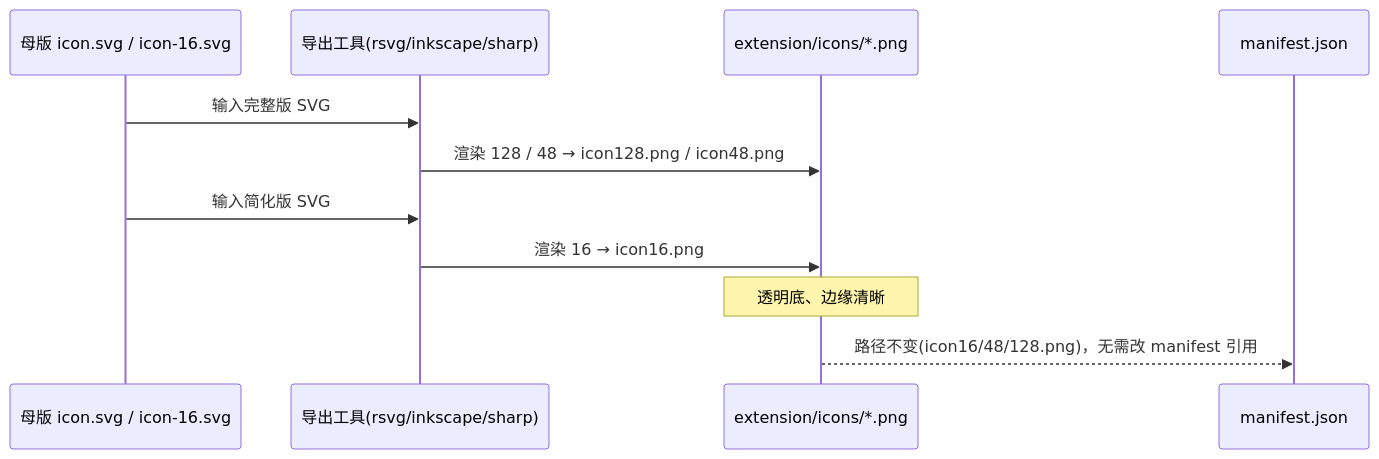
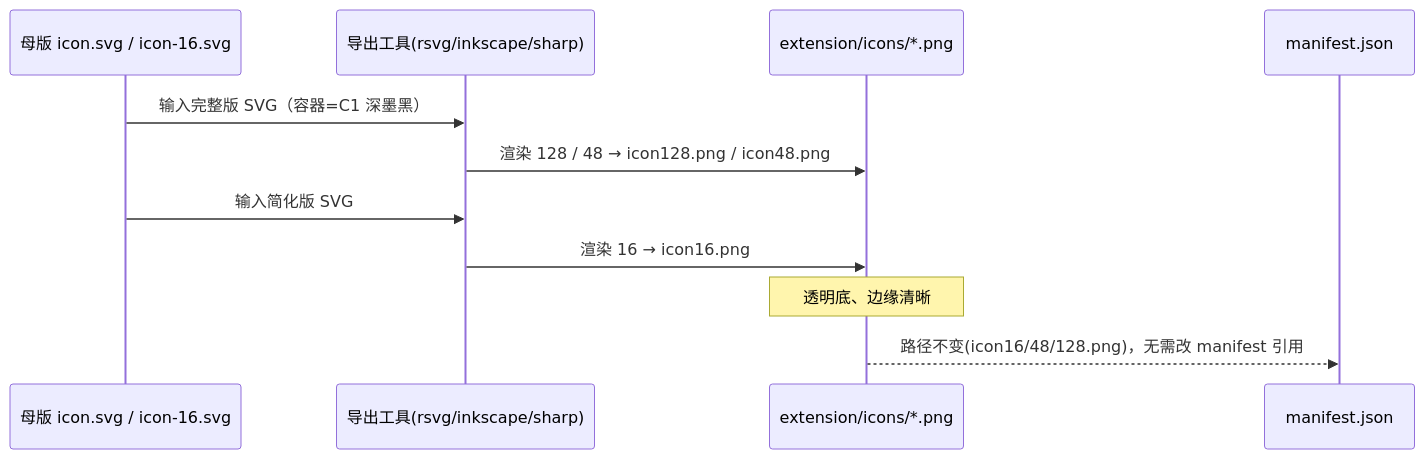
The second of 3 diagrams in .trae/plans/req-brand-icon-svg-plan.md (kui0123/chrome), drawn with Mermaid before and after one commit. The commit also changed other lines of this file and 30 other files, not shown here.

````diff
--- a/.trae/plans/req-brand-icon-svg-plan.md
+++ b/.trae/plans/req-brand-icon-svg-plan.md
@@ -173,14 +308,14 @@
 ```mermaid
 sequenceDiagram
     participant D as 母版 icon.svg / icon-16.svg
     participant C as 导出工具(rsvg/inkscape/sharp)
     participant O as extension/icons/*.png
     participant M as manifest.json
 
-    D->>C: 输入完整版 SVG
+    D->>C: 输入完整版 SVG（容器=C1 深墨黑）
     C->>O: 渲染 128 / 48 → icon128.png / icon48.png
     D->>C: 输入简化版 SVG
     C->>O: 渲染 16 → icon16.png
     Note over O: 透明底、边缘清晰
     O-->>M: 路径不变(icon16/48/128.png)，无需改 manifest 引用
 ```
````
